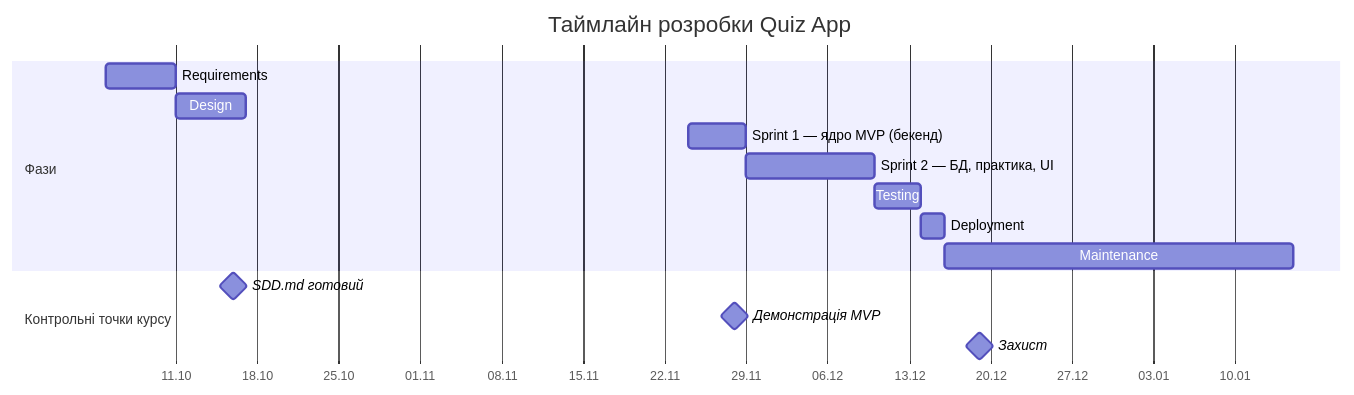
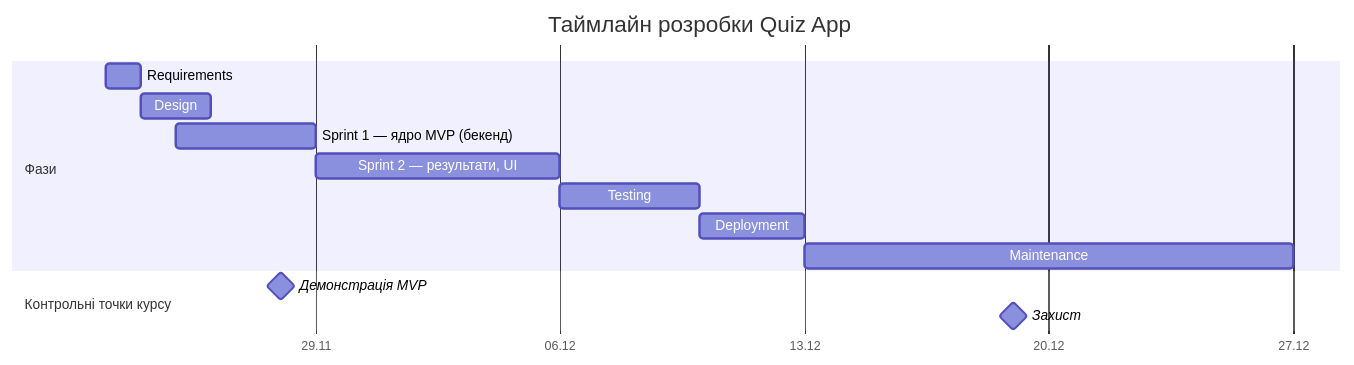
Before and after one commit to MariiaPysarenko/QuizApp: the diagram in SDLC.md, drawn with Mermaid. The commit also changed other lines of this file, not shown here.

Commit message:
docs: update SDLC

````diff
--- a/SDLC.md
+++ b/SDLC.md
@@ -98,21 +98,20 @@
 ```mermaid
 gantt
     title Таймлайн розробки Quiz App
     dateFormat YYYY-MM-DD
     axisFormat %d.%m
     tickInterval 1week
  
     section Фази
-    Requirements                    :req, 2026-10-05, 6d
-    Design                          :des, after req, 6d
-    Sprint 1 — ядро MVP (бекенд)    :s1, 2026-11-24, 5d
-    Sprint 2 — БД, практика, UI     :s2, after s1, 11d
+    Requirements                    :req, 2026-11-23, 1d
+    Design                          :des, after req, 2d
+    Sprint 1 — ядро MVP (бекенд)    :s1, 2026-11-25, 4d
+    Sprint 2 — результати, UI       :s2, after s1, 7d
     Testing                         :test, after s2, 4d
-    Deployment                      :dep, after test, 2d
-    Maintenance                     :maint, after dep, 30d
+    Deployment                      :dep, after test, 3d
+    Maintenance                     :maint, after dep, 14d
  
     section Контрольні точки курсу
-    SDD.md готовий                  :milestone, m1, 2026-10-16, 0d
-    Демонстрація MVP                :milestone, m2, 2026-11-28, 0d
-    Захист                          :milestone, m3, 2026-12-19, 0d
+    Демонстрація MVP                :milestone, m1, 2026-11-28, 0d
+    Захист                          :milestone, m2, 2026-12-19, 0d
 ```
````
